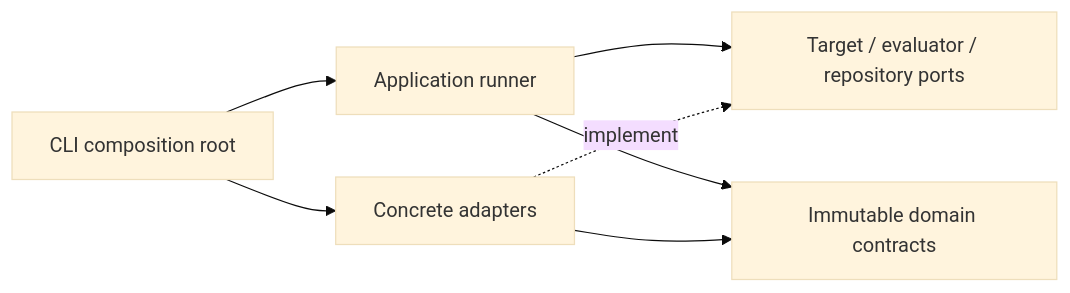
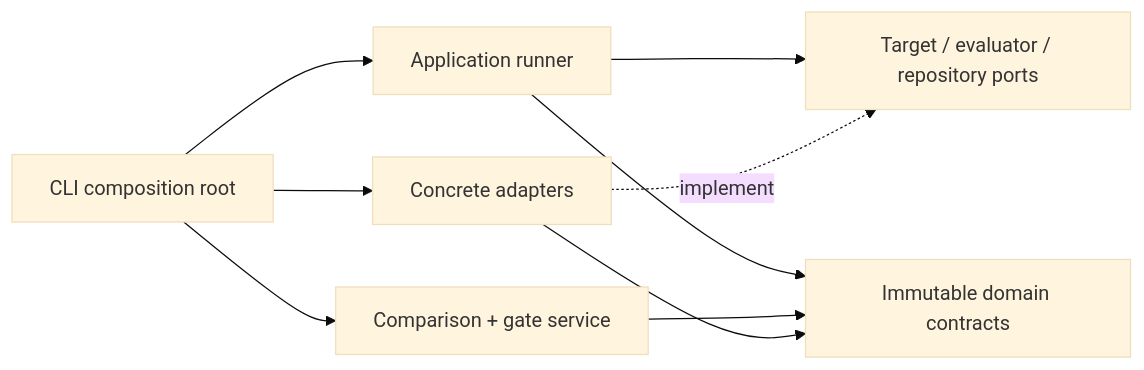
Before and after one commit to idevelopAI/llm-eval-control-plane: the first of 3 diagrams in docs/architecture.md, drawn with Mermaid (base theme). The commit also changed other lines of this file and 5 other files, not shown here.

````diff
--- a/docs/architecture.md
+++ b/docs/architecture.md
@@ -19,9 +18,11 @@
 ```mermaid
 flowchart LR
     CLI["CLI composition root"] --> RUNNER["Application runner"]
+    CLI --> COMPARE["Comparison + gate service"]
     CLI --> ADAPTERS["Concrete adapters"]
     RUNNER --> PORTS["Target / evaluator / repository ports"]
     RUNNER --> DOMAIN["Immutable domain contracts"]
+    COMPARE --> DOMAIN
     ADAPTERS -. implement .-> PORTS
     ADAPTERS --> DOMAIN
 ```
````
